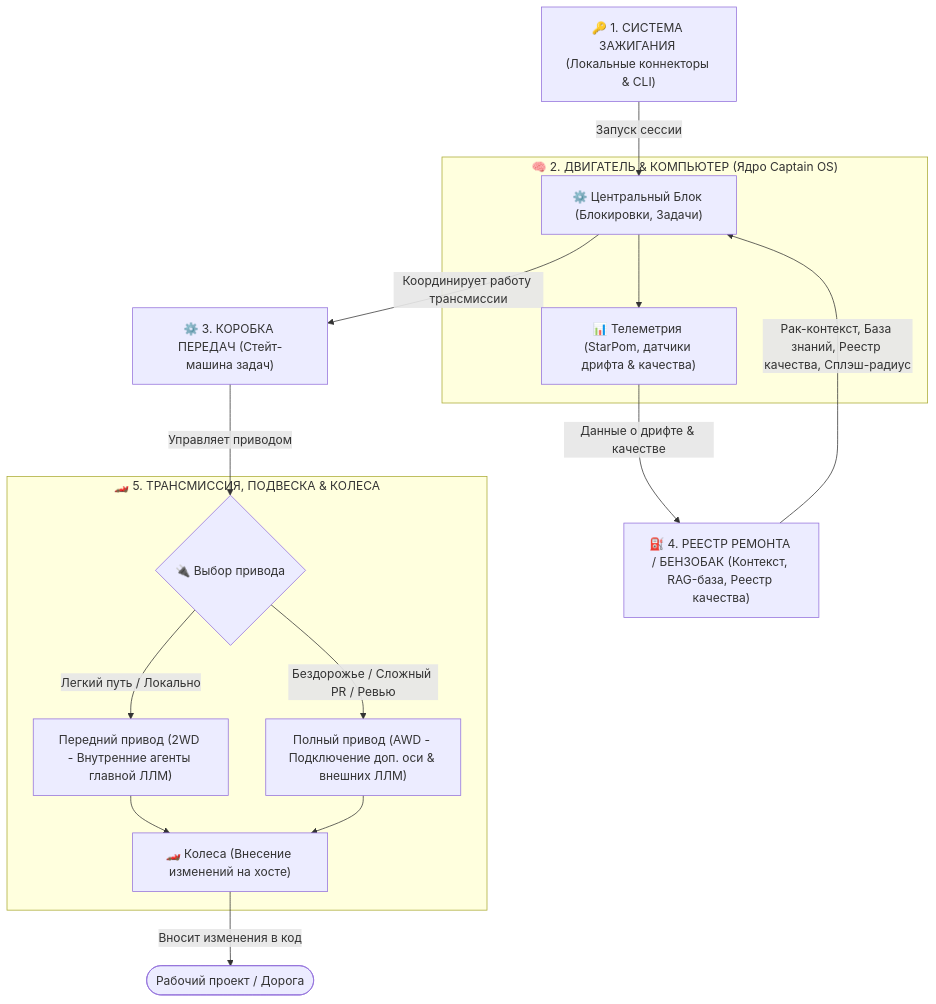
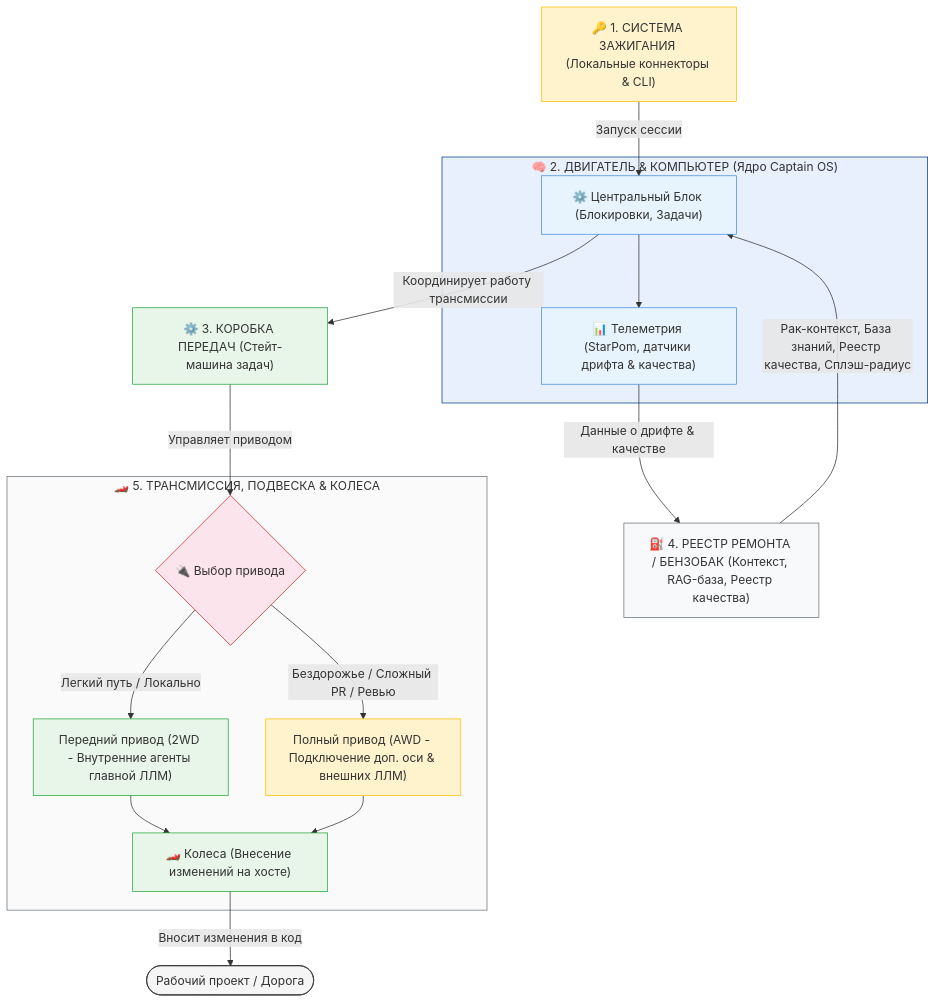
Before and after one commit to anton-remide/captain-os: the first of 5 diagrams in README.md, drawn with Mermaid. The commit also changed other lines of this file, not shown here.

Commit message:
docs: update README with declarative gates, 2026 models, and flow diagrams

````diff
--- a/README.md
+++ b/README.md
@@ -31,38 +31,51 @@
 ```mermaid
 graph TD
     Ignition["🔑 1. СИСТЕМА ЗАЖИГАНИЯ (Локальные коннекторы & CLI)"]
     
     subgraph EngineBlock["🧠 2. ДВИГАТЕЛЬ & КОМПЬЮТЕР (Ядро Captain OS)"]
         Engine["⚙️ Центральный Блок (Блокировки, Задачи)"]
         Telemetry["📊 Телеметрия (StarPom, датчики дрифта & качества)"]
         Engine --> Telemetry
     end
     
     Gearbox["⚙️ 3. КОРОБКА ПЕРЕДАЧ (Стейт-машина задач)"]
     Tank["⛽ 4. РЕЕСТР РЕМОНТА / БЕНЗОБАК (Контекст, RAG-база, Реестр качества)"]
     
     subgraph DriveTrain["🏎️ 5. ТРАНСМИССИЯ, ПОДВЕСКА & КОЛЕСА"]
         DriveMode{"🔌 Выбор привода"}
         2WD["Передний привод (2WD - Внутренние агенты главной ЛЛМ)"]
         AWD["Полный привод (AWD - Подключение доп. оси & внешних ЛЛМ)"]
         Wheels["🏎️ Колеса (Внесение изменений на хосте)"]
         
         DriveMode -->|"Легкий путь / Локально"| 2WD
         DriveMode -->|"Бездорожье / Сложный PR / Ревью"| AWD
         2WD --> Wheels
         AWD --> Wheels
     end
 
     Ignition -->|Запуск сессии| Engine
     
     %% Потоки из бензобака в двигатель (топливо, параметры и реестр)
     Tank -->|Рак-контекст, База знаний, Реестр качества, Сплэш-радиус| Engine
     
     %% Сигналы телеметрии обратно к приборам
     Telemetry -->|Данные о дрифте & качестве| Tank
     
     %% Передача усилия на коробку и далее колеса
     Engine -->|Координирует работу трансмиссии| Gearbox
     Gearbox -->|Управляет приводом| DriveMode
     Wheels -->|Вносит изменения в код| Road(["Рабочий проект / Дорога"])
+
+    style Ignition fill:#fff3cd,stroke:#ffc107,color:#333
+    style Engine fill:#e8f4fd,stroke:#4a90d9,color:#333
+    style Telemetry fill:#e8f4fd,stroke:#4a90d9,color:#333
+    style Gearbox fill:#e8f5e9,stroke:#28a745,color:#333
+    style Tank fill:#f8f9fa,stroke:#6c757d,color:#333
+    style DriveMode fill:#fce4ec,stroke:#c62828,color:#333
+    style 2WD fill:#e8f5e9,stroke:#28a745,color:#333
+    style AWD fill:#fff3cd,stroke:#ffc107,color:#333
+    style Wheels fill:#e8f5e9,stroke:#28a745,color:#333
+    style Road fill:#f5f5f5,stroke:#333,color:#333
+    style EngineBlock fill:#e8f0fe,stroke:#004085,color:#333
+    style DriveTrain fill:#fafafa,stroke:#6c757d,color:#333
 ```
````
